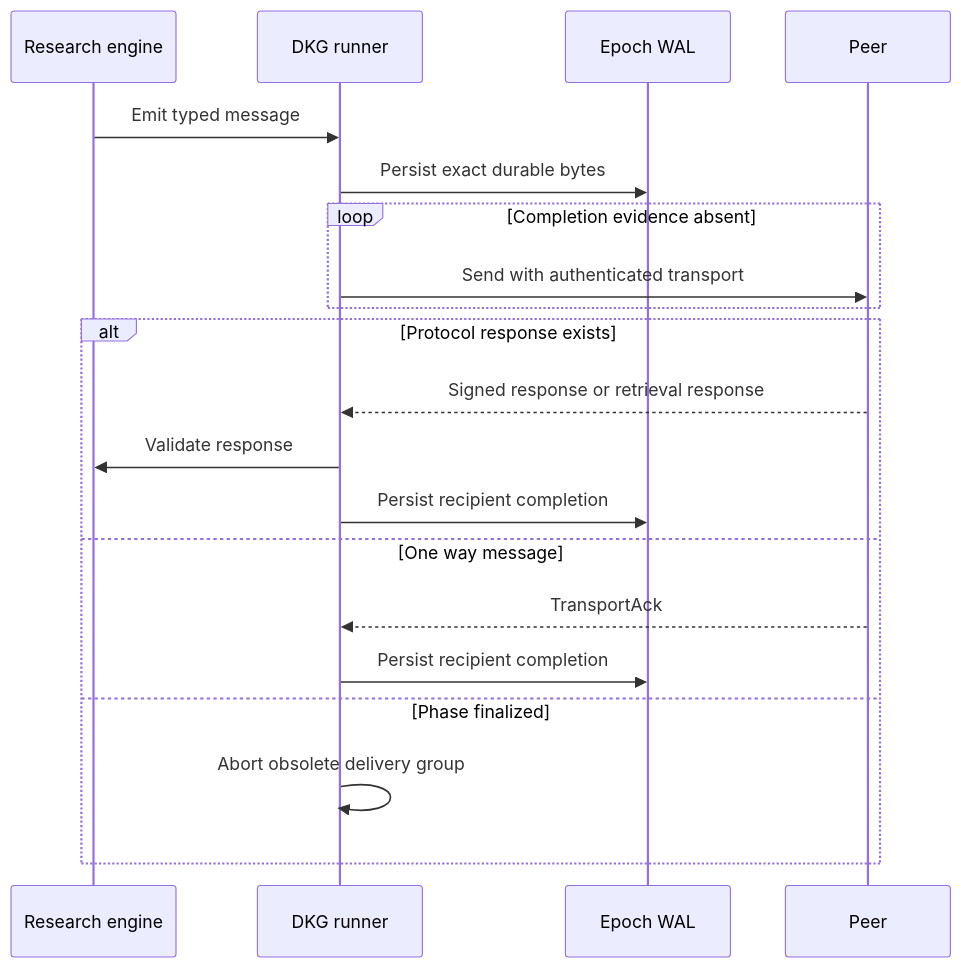
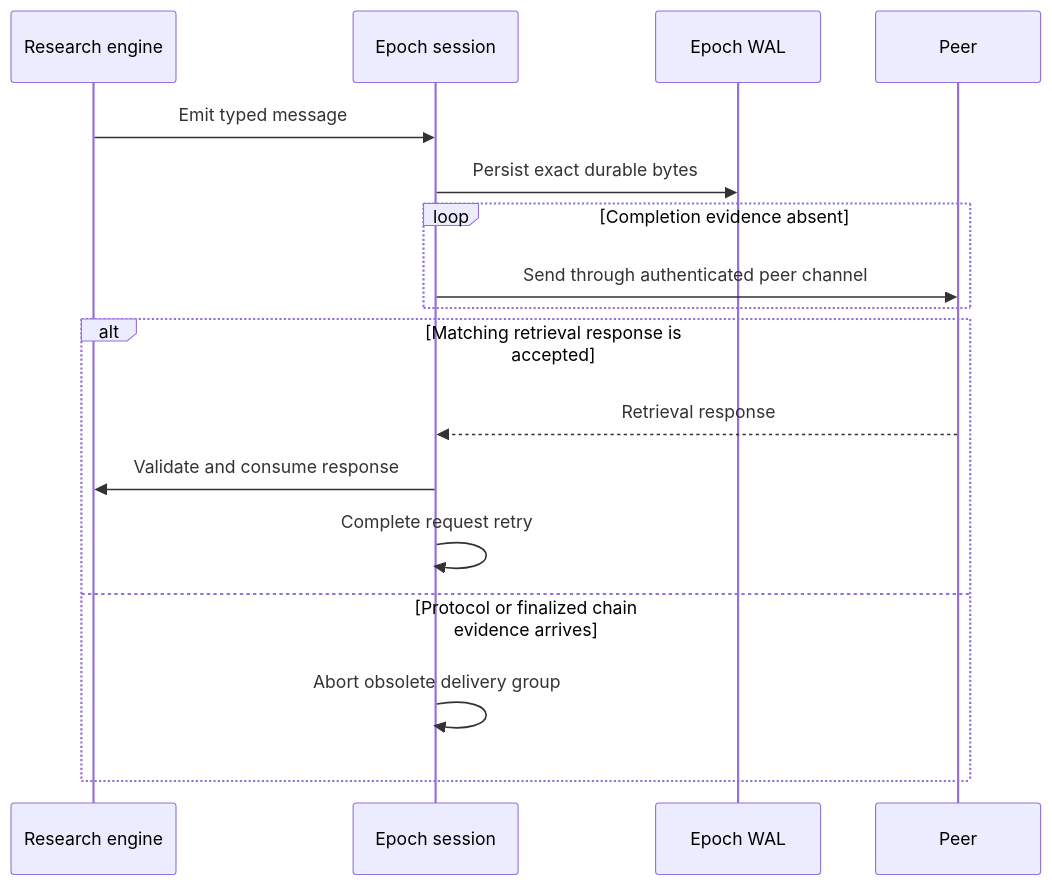
One commit to dshulyak/monad-bft changed the third of 5 diagrams in SUMMARY.md. Above: the diagram before and after it, drawn with Mermaid. The commit also changed other lines of this file and 15 other files, not shown here.

Commit message:
refactor(dkg): simplify runner and submission flow

````diff
--- a/SUMMARY.md
+++ b/SUMMARY.md
@@ -124,23 +122,20 @@
 ```mermaid
 sequenceDiagram
     participant E as Research engine
-    participant R as DKG runner
+    participant S as Epoch session
     participant W as Epoch WAL
     participant P as Peer
 
-    E->>R: Emit typed message
-    R->>W: Persist exact durable bytes
+    E->>S: Emit typed message
+    S->>W: Persist exact durable bytes
     loop Completion evidence absent
-        R->>P: Send with authenticated transport
+        S->>P: Send through authenticated peer channel
     end
-    alt Protocol response exists
-        P-->>R: Signed response or retrieval response
-        R->>E: Validate response
-        R->>W: Persist recipient completion
-    else One way message
-        P-->>R: TransportAck
-        R->>W: Persist recipient completion
-    else Phase finalized
-        R->>R: Abort obsolete delivery group
+    alt Matching retrieval response is accepted
+        P-->>S: Retrieval response
+        S->>E: Validate and consume response
+        S->>S: Complete request retry
+    else Protocol or finalized chain evidence arrives
+        S->>S: Abort obsolete delivery group
     end
 ```
````
